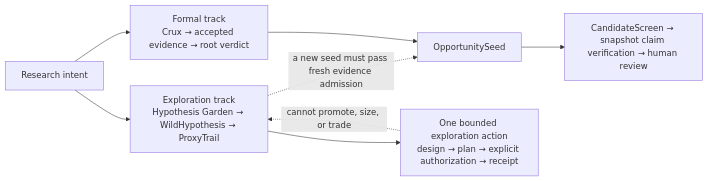
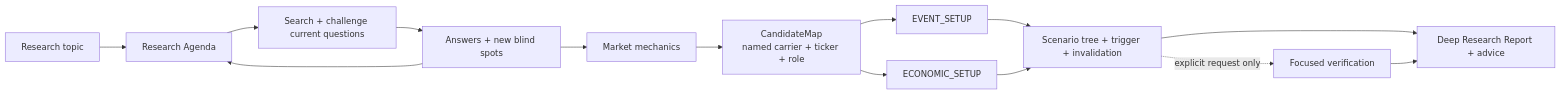
Before and after one commit to Thhoho/trade-nothing: the diagram in README.md, drawn with Mermaid. The commit also changed other lines of this file and 70 other files, not shown here.

Commit message:
Build v0.15 topic-led market bridge

````diff
--- a/README.md
+++ b/README.md
@@ -32,10 +39,16 @@
 ```mermaid
 flowchart LR
-    A["Research intent"] --> B["Exploration track<br/>Hypothesis Garden → WildHypothesis → ProxyTrail"]
-    A --> C["Formal track<br/>Crux → accepted evidence → root verdict"]
-    B -. "a new seed must pass fresh evidence admission" .-> D["OpportunitySeed"]
-    C --> D
-    D --> E["CandidateScreen → snapshot claim verification → human review"]
-    B --> F["One bounded exploration action<br/>design → plan → explicit authorization → receipt"]
-    F -. "cannot promote, size, or trade" .-> B
+    A["Research topic"] --> B["Research Agenda"]
+    B --> C["Search + challenge current questions"]
+    C --> X["Answers + new blind spots"]
+    X --> B
+    X --> M["Market mechanics"]
+    M --> D["CandidateMap<br/>named carrier + ticker + role"]
+    D --> E["EVENT_SETUP"]
+    D --> F["ECONOMIC_SETUP"]
+    E --> G["Scenario tree + trigger + invalidation"]
+    F --> G
+    G -. "explicit request only" .-> H["Focused verification"]
+    G --> I["Deep Research Report + advice"]
+    H --> I
 ```
````
